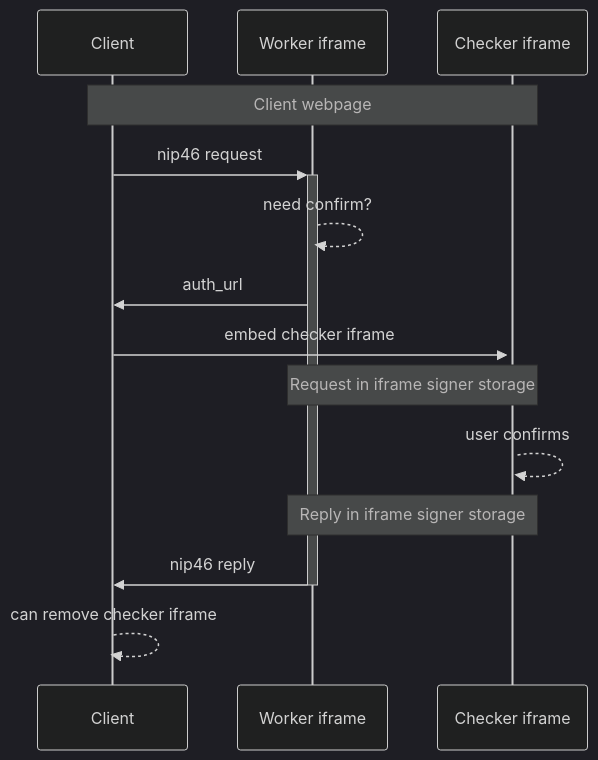
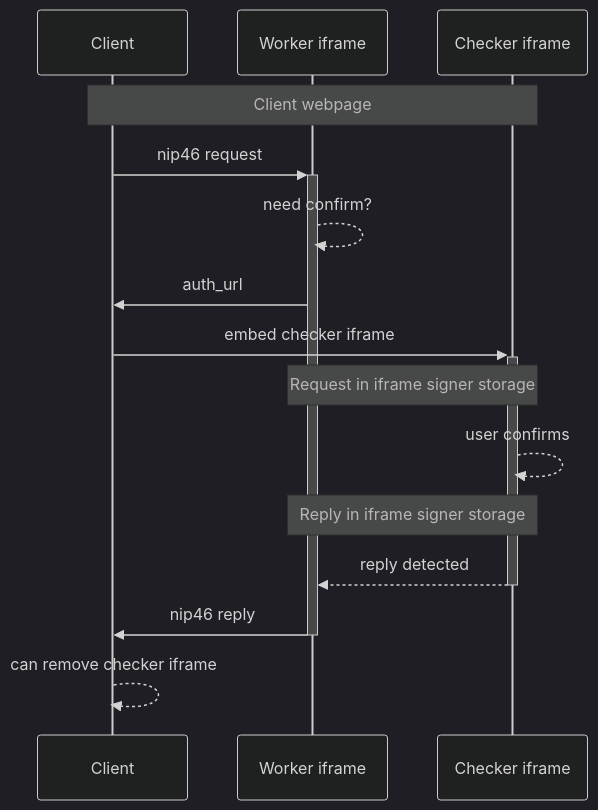
One commit to nostr-protocol/nips changed the fourth of 4 diagrams in 146.md. Above: the diagram before and after it, drawn with Mermaid (dark theme). The commit also changed other lines of this file, not shown here.

````diff
--- a/146.md
+++ b/146.md
@@ -225,17 +225,18 @@
 ```mermaid
 sequenceDiagram
   participant Client
   participant Worker as Worker iframe
   participant Checker as Checker iframe
 
   Note over Client,Checker: Client webpage
   Client ->>+ Worker: nip46 request
   Worker -->> Worker: need confirm?
   Worker ->> Client: auth_url
   Client ->>+ Checker: embed checker iframe
   Note over Worker,Checker: Request in iframe signer storage
   Checker -->> Checker: user confirms
   Note over Worker,Checker: Reply in iframe signer storage
+  Checker -->>- Worker: reply detected
   Worker ->>- Client: nip46 reply
   Client -->> Client: can remove checker iframe
 ```
````
